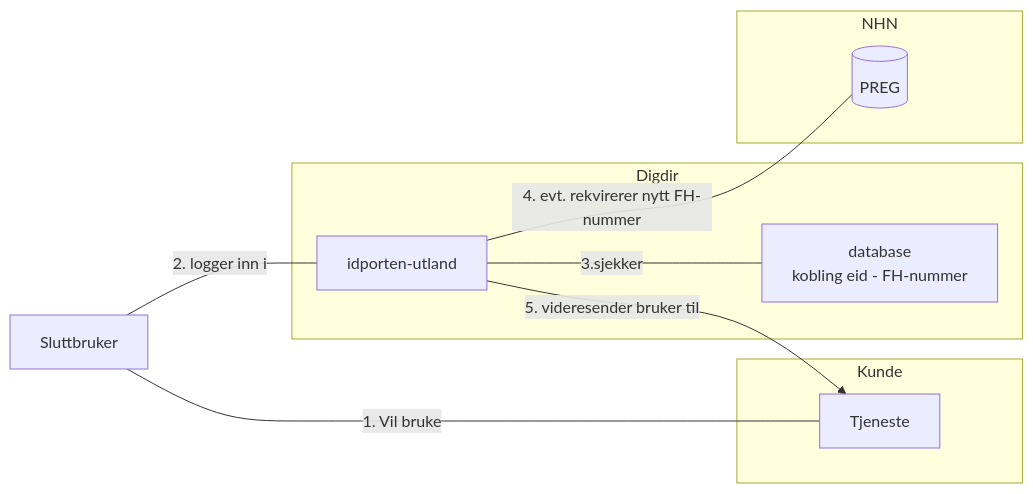
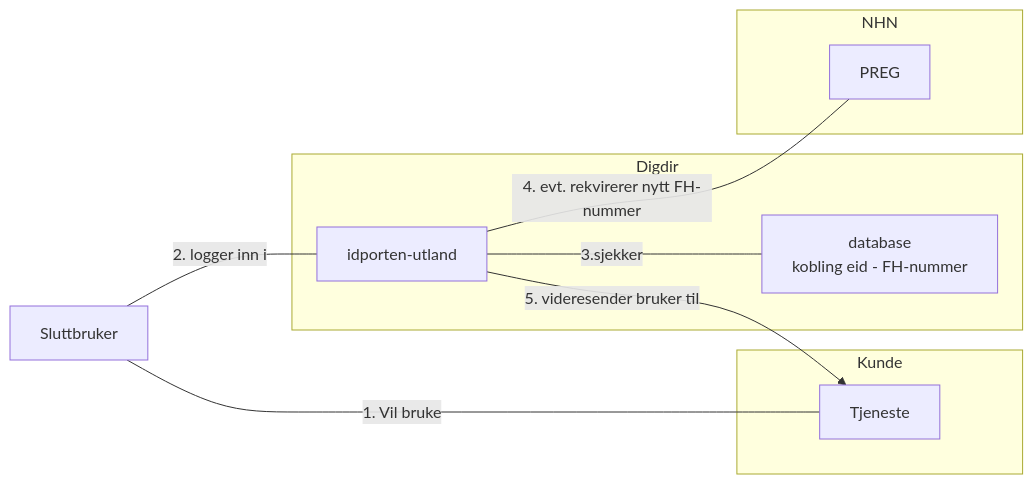
The first of 2 diagrams in _docs/ID-porten/oidc/oidc_func_idporten-utland.md (felleslosninger/docs), drawn with Mermaid before and after one commit.

```diff
--- a/_docs/ID-porten/oidc/oidc_func_idporten-utland.md
+++ b/_docs/ID-porten/oidc/oidc_func_idporten-utland.md
@@ -20,18 +20,18 @@
 <div class="mermaid">
  graph LR
    subgraph Kunde
       ny[Tjeneste]
    end
    subgraph Digdir
      OIDC[idporten-utland]
      db[database<br/> kobling eid - FH-nummer]
    end
    subgraph NHN
-      reg[(PREG)]
+      reg[PREG]
    end
    Sluttbruker ---|1. Vil bruke|ny
    OIDC -->|5. videresender bruker til |ny
    Sluttbruker ---|2. logger inn i  |OIDC
    OIDC ---|3.sjekker|db
    OIDC ---|4. evt. rekvirerer nytt FH-nummer |reg
 </div>
```
